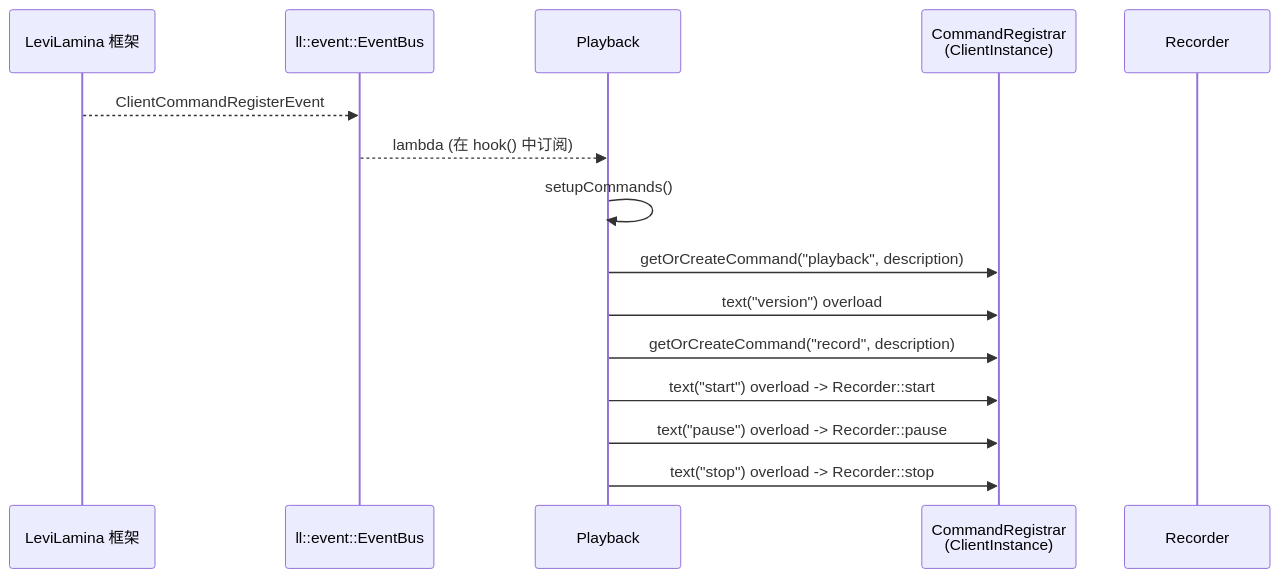
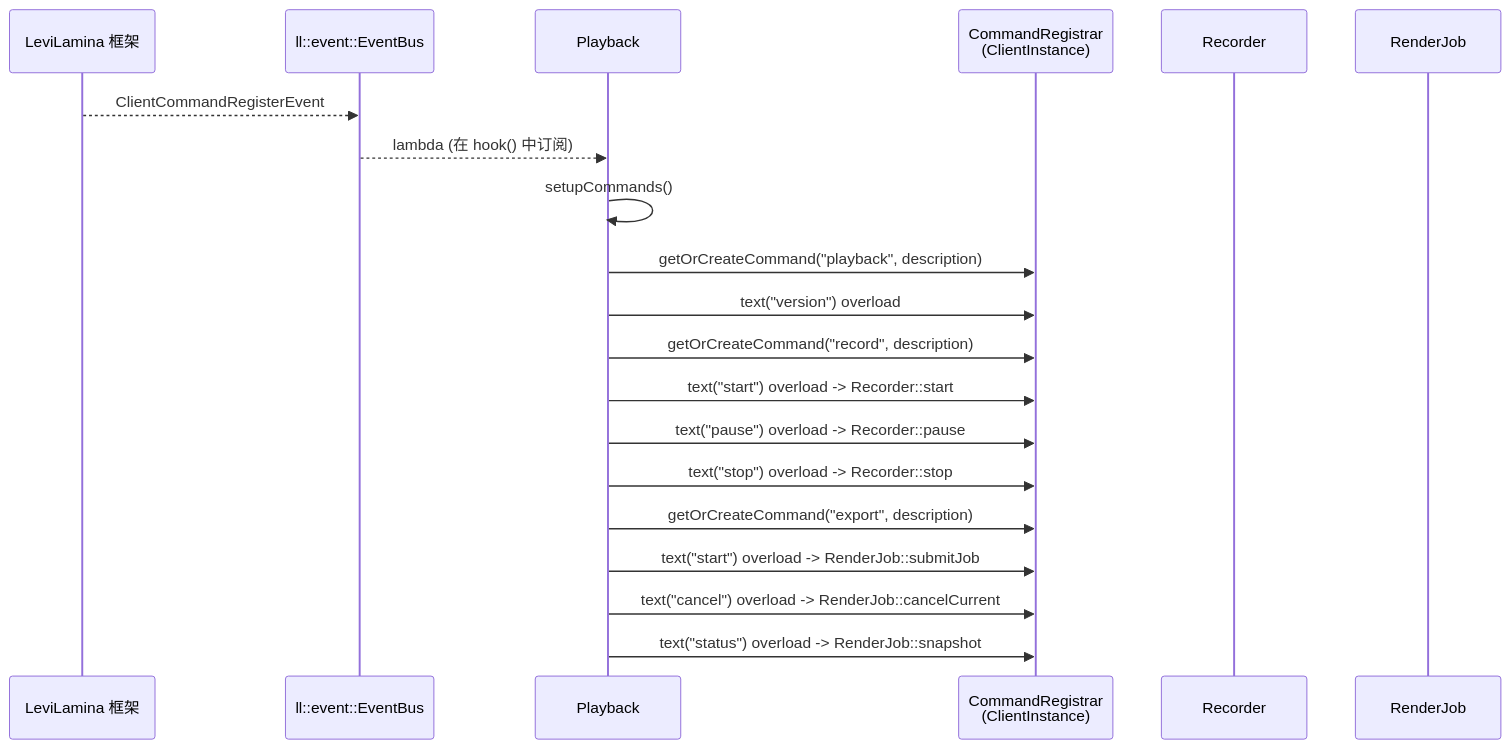
The diagram in docs/command/index.md (Unny984/Playback), drawn with Mermaid before and after one commit. The commit also changed other lines of this file and 13 other files, not shown here.

````diff
--- a/docs/command/index.md
+++ b/docs/command/index.md
@@ -63,18 +74,23 @@
 ```mermaid
 sequenceDiagram
     participant FW as LeviLamina 框架
     participant Bus as ll::event::EventBus
     participant PB as Playback
     participant CR as CommandRegistrar<br/>(ClientInstance)
     participant Reg as Recorder
+    participant RJ as RenderJob
 
     FW-->>Bus: ClientCommandRegisterEvent
     Bus-->>PB: lambda (在 hook() 中订阅)
     PB->>PB: setupCommands()
     PB->>CR: getOrCreateCommand("playback", description)
     PB->>CR: text("version") overload
     PB->>CR: getOrCreateCommand("record", description)
     PB->>CR: text("start") overload -> Recorder::start
     PB->>CR: text("pause") overload -> Recorder::pause
     PB->>CR: text("stop") overload -> Recorder::stop
+    PB->>CR: getOrCreateCommand("export", description)
+    PB->>CR: text("start") overload -> RenderJob::submitJob
+    PB->>CR: text("cancel") overload -> RenderJob::cancelCurrent
+    PB->>CR: text("status") overload -> RenderJob::snapshot
 ```
````
